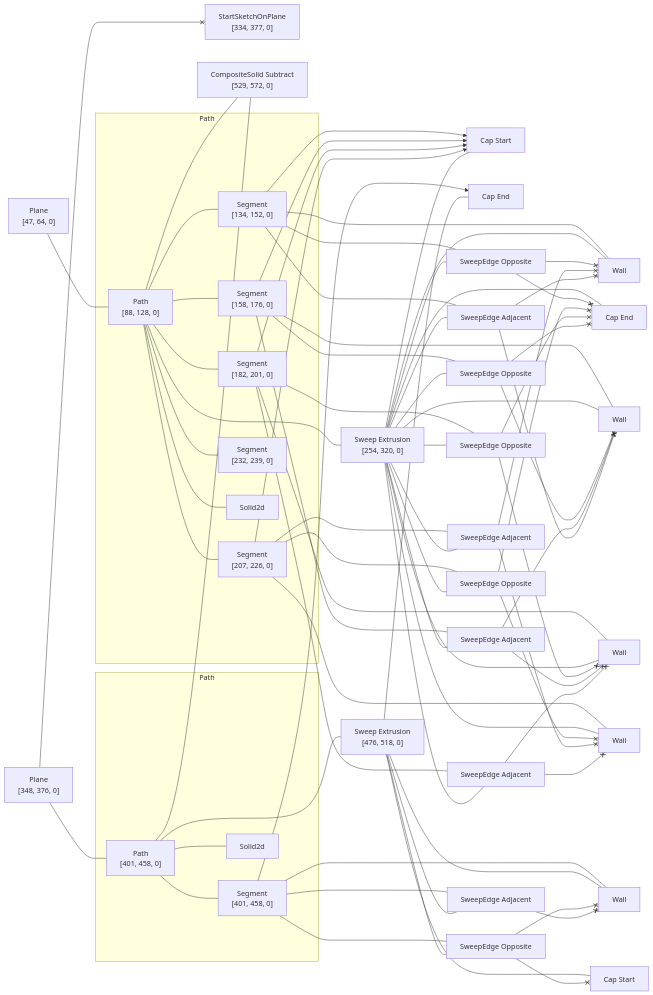
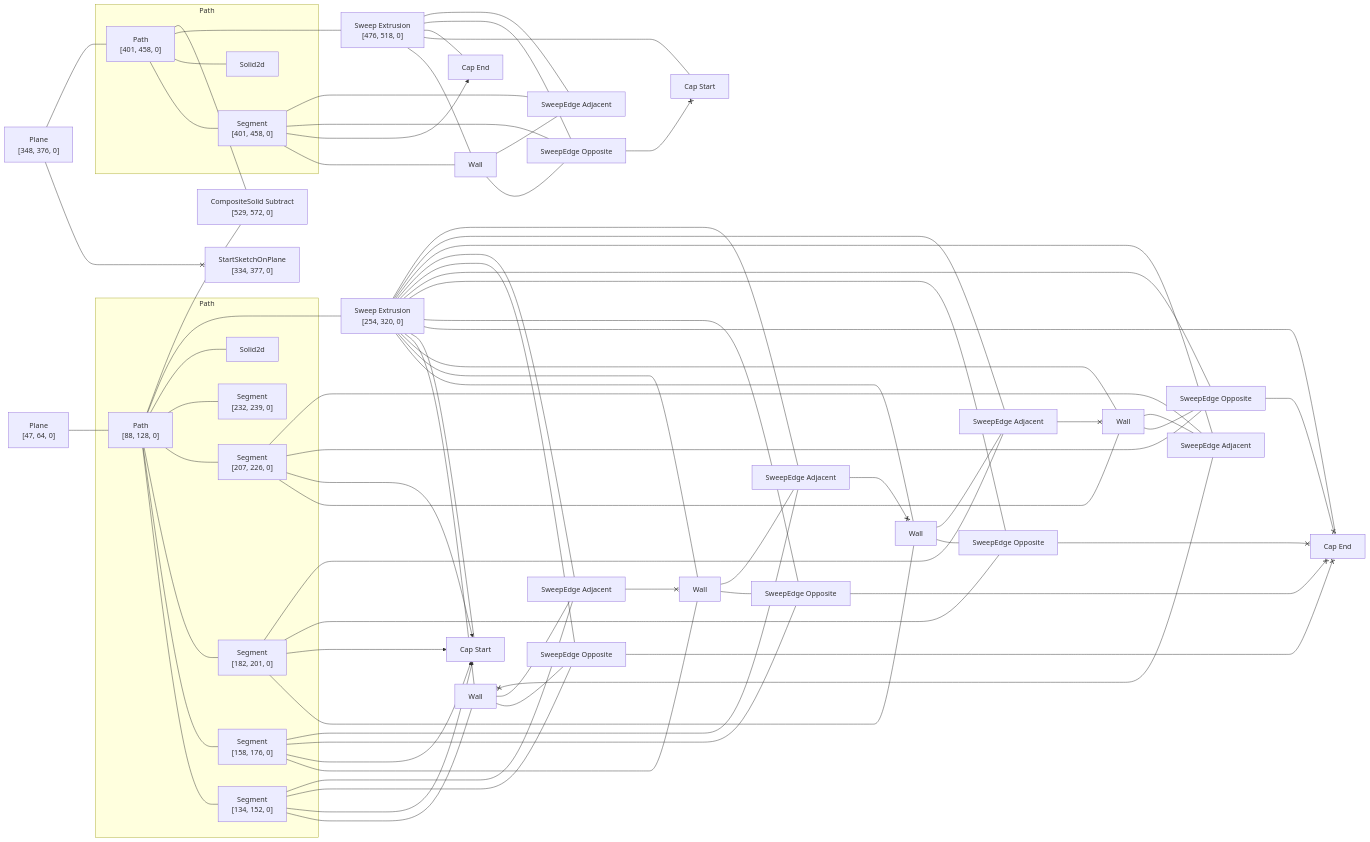
Before and after one commit to rajgandhi1/modeling-app: the diagram in rust/kcl-lib/tests/subtract_regression00/artifact_graph_flowchart.snap.md, drawn with Mermaid. The commit also changed 233 other files, not shown here.

````diff
--- a/rust/kcl-lib/tests/subtract_regression00/artifact_graph_flowchart.snap.md
+++ b/rust/kcl-lib/tests/subtract_regression00/artifact_graph_flowchart.snap.md
@@ -55,31 +55,31 @@
   5 ---- 15
   5 --- 16
   6 --- 20
-  6 x--> 22
-  6 --- 26
-  6 --- 34
+  6 x--> 23
+  6 --- 29
+  6 --- 31
   7 --- 18
-  7 x--> 22
-  7 --- 29
-  7 --- 32
+  7 x--> 23
+  7 --- 26
+  7 --- 34
   8 --- 17
-  8 x--> 22
-  8 --- 28
+  8 x--> 23
+  8 --- 27
   8 --- 33
   9 --- 19
-  9 x--> 22
-  9 --- 27
-  9 --- 31
+  9 x--> 23
+  9 --- 28
+  9 --- 32
   11 --- 21
-  11 x--> 25
+  11 x--> 24
   11 --- 30
   11 --- 35
   14 --- 17
   14 --- 18
   14 --- 19
   14 --- 20
-  14 --- 22
-  14 --- 24
+  14 --- 23
+  14 --- 25
   14 --- 26
   14 --- 27
   14 --- 28
@@ -89,27 +89,27 @@
   14 --- 33
   14 --- 34
   15 --- 21
-  15 --- 23
-  15 --- 25
+  15 --- 22
+  15 --- 24
   15 --- 30
   15 --- 35
-  28 <--x 17
-  32 <--x 17
-  33 <--x 17
-  29 <--x 18
-  32 <--x 18
-  34 <--x 18
-  27 <--x 19
-  31 <--x 19
+  17 --- 27
+  17 --- 33
+  34 <--x 17
+  18 --- 26
+  31 <--x 18
+  18 --- 34
+  19 --- 28
+  19 --- 32
   33 <--x 19
-  26 <--x 20
-  31 <--x 20
-  34 <--x 20
-  30 <--x 21
-  35 <--x 21
-  30 <--x 23
-  26 <--x 24
-  27 <--x 24
-  28 <--x 24
-  29 <--x 24
+  20 --- 29
+  20 --- 31
+  32 <--x 20
+  21 --- 30
+  21 --- 35
+  30 <--x 22
+  26 <--x 25
+  27 <--x 25
+  28 <--x 25
+  29 <--x 25
 ```
````
